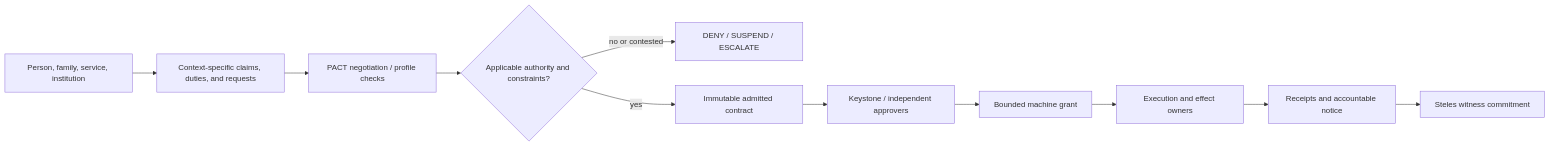
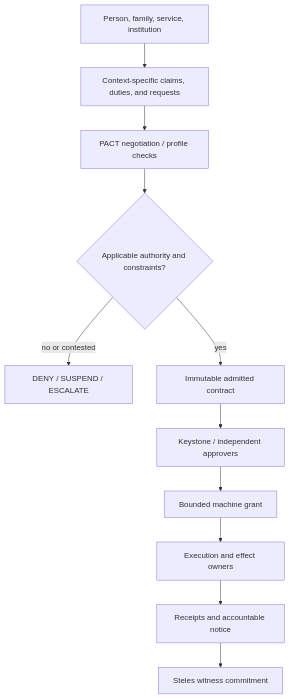
One commit to nshkrdotcom/ASKA changed the first of 3 diagrams in README.md. Above: the diagram before and after it, drawn with Mermaid. The commit also changed other lines of this file, not shown here.

````diff
--- a/README.md
+++ b/README.md
@@ -19,13 +19,13 @@
 ```mermaid
-flowchart LR
+flowchart TD
   H["Person, family, service, institution"] --> C["Context-specific claims, duties, and requests"]
   C --> P["PACT negotiation / profile checks"]
   P --> D{"Applicable authority and constraints?"}
   D -->|"no or contested"| R["DENY / SUSPEND / ESCALATE"]
   D -->|"yes"| A["Immutable admitted contract"]
   A --> K["Keystone / independent approvers"]
   K --> G["Bounded machine grant"]
   G --> E["Execution and effect owners"]
   E --> O["Receipts and accountable notice"]
   O --> W["Steles witness commitment"]
 ```
````
